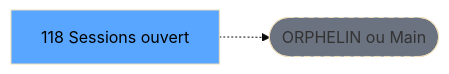
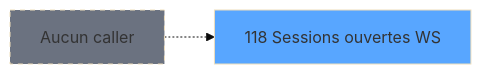
One commit to thonyAGP/magic-migration changed the second of 3 diagrams in .openspec/specs/ADH-IDE-118.md. Above: the diagram before and after it, drawn with Mermaid (base theme). The commit also changed other lines of this file and 311 other files, not shown here.

````diff
--- a/.openspec/specs/ADH-IDE-118.md
+++ b/.openspec/specs/ADH-IDE-118.md
@@ -121,8 +151,8 @@
 ```mermaid
 graph LR
-    T[118 Sessions ouvert]
-    ORPHAN([ORPHELIN ou Main])
-    T -.-> ORPHAN
-    style T fill:#58a6ff,color:#000
-    style ORPHAN fill:#6b7280,stroke-dasharray: 5 5
+    T118[118 Sessions ouvertes WS]
+    style T118 fill:#58a6ff
+    NONE[Aucun caller]
+    NONE -.-> T118
+    style NONE fill:#6b7280,stroke-dasharray: 5 5
 ```
````
